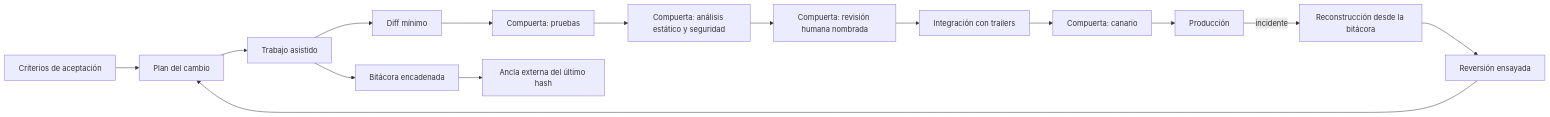
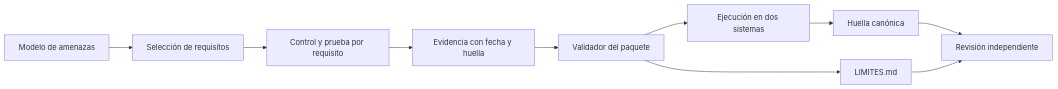
The diagram in content/part-38/SE-468.md (vladimiracunadev-create/modern-software-engineering-program), drawn with Mermaid before and after one commit. The commit also changed other lines of this file and 5193 other files, not shown here.

````diff
--- a/content/part-38/SE-468.md
+++ b/content/part-38/SE-468.md
@@ -59,17 +55,12 @@
 ```mermaid
 flowchart LR
-    A[Criterios de aceptación] --> B[Plan del cambio]
-    B --> C[Trabajo asistido]
-    C --> D[Bitácora encadenada]
-    C --> E[Diff mínimo]
-    E --> F[Compuerta: pruebas]
-    F --> G[Compuerta: análisis estático y seguridad]
-    G --> H[Compuerta: revisión humana nombrada]
-    H --> I[Integración con trailers]
-    I --> J[Compuerta: canario]
-    J --> K[Producción]
-    D --> L[Ancla externa del último hash]
-    K -->|incidente| M[Reconstrucción desde la bitácora]
-    M --> N[Reversión ensayada]
-    N --> B
+    A[Modelo de amenazas] --> B[Selección de requisitos]
+    B --> C[Control y prueba por requisito]
+    C --> D[Evidencia con fecha y huella]
+    D --> E[Validador del paquete]
+    E --> F[Ejecución en dos sistemas]
+    F --> G[Huella canónica]
+    E --> H[LIMITES.md]
+    G --> I[Revisión independiente]
+    H --> I
 ```
````
